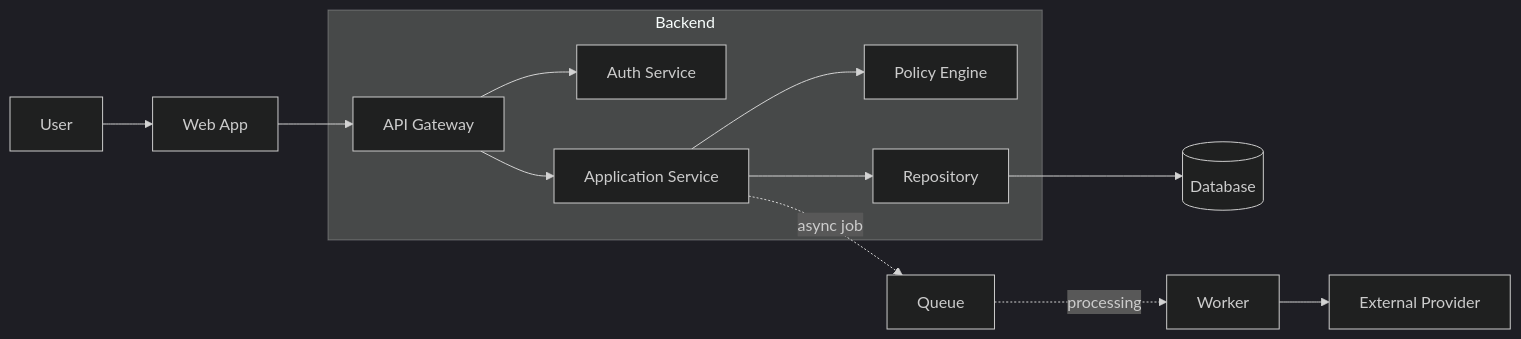
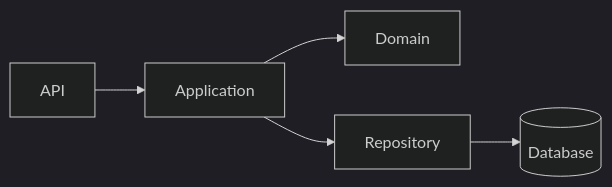
One commit to stefanrossmeier/ai-craftkit changed the first of 6 diagrams in skills/mermaiddoc/examples/mermaiddoc-examples.md. Above: the diagram before and after it, drawn with Mermaid (dark theme). The commit also changed other lines of this file and 23 other files, not shown here.

````diff
--- a/skills/mermaiddoc/examples/mermaiddoc-examples.md
+++ b/skills/mermaiddoc/examples/mermaiddoc-examples.md
@@ -22,17 +7,7 @@
 ```mermaid
 flowchart LR
-    User[User] --> WebApp[Web App]
-    WebApp --> API[API Gateway]
-
-    subgraph Backend[Backend]
-        API --> Auth[Auth Service]
-        API --> AppService[Application Service]
-        AppService --> Policy[Policy Engine]
-        AppService --> Repository[Repository]
-    end
-
-    Repository --> Database[(Database)]
-    AppService -. async job .-> Queue[Queue]
-    Queue -. processing .-> Worker[Worker]
-    Worker --> Provider[External Provider]
+    API[API] --> App[Application]
+    App --> Domain[Domain]
+    App --> Repo[Repository]
+    Repo --> DB[(Database)]
 ```
````
